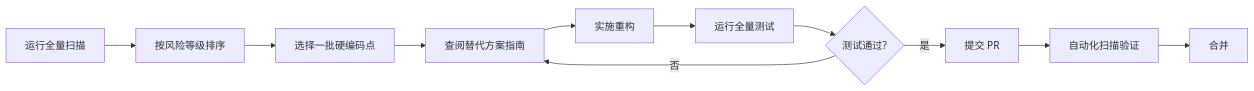
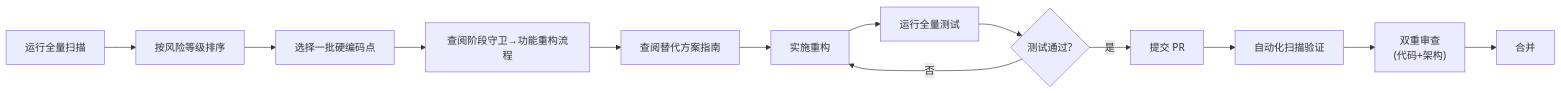
The third of 4 diagrams in .agents/rules/README.md (xinetzone/SpecWeave), drawn with Mermaid before and after one commit. The commit also changed other lines of this file and 15 other files, not shown here.

````diff
--- a/.agents/rules/README.md
+++ b/.agents/rules/README.md
@@ -90,13 +103,15 @@
 ```mermaid
 flowchart LR
     A["运行全量扫描"] --> B["按风险等级排序"]
     B --> C["选择一批硬编码点"]
-    C --> D["查阅替代方案指南"]
-    D --> E["实施重构"]
-    E --> F["运行全量测试"]
-    F --> G{"测试通过?"}
-    G -->|"否"| D
-    G -->|"是"| H["提交 PR"]
-    H --> I["自动化扫描验证"]
-    I --> J["合并"]
+    C --> D["查阅阶段守卫→功能重构流程"]
+    D --> E["查阅替代方案指南"]
+    E --> F["实施重构"]
+    F --> G["运行全量测试"]
+    G --> H{"测试通过?"}
+    H -->|"否"| F
+    H -->|"是"| I["提交 PR"]
+    I --> J["自动化扫描验证"]
+    J --> K["双重审查<br/>(代码+架构)"]
+    K --> L["合并"]
 ```
````
